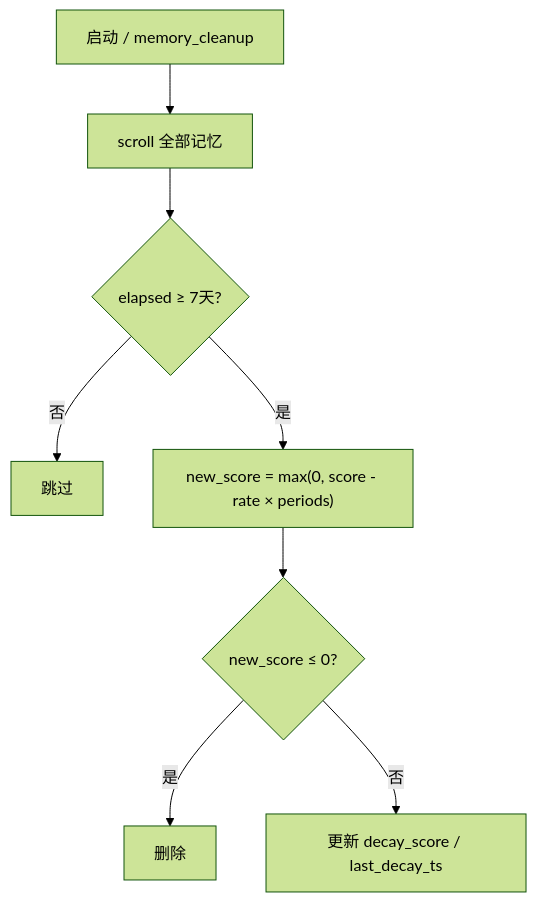
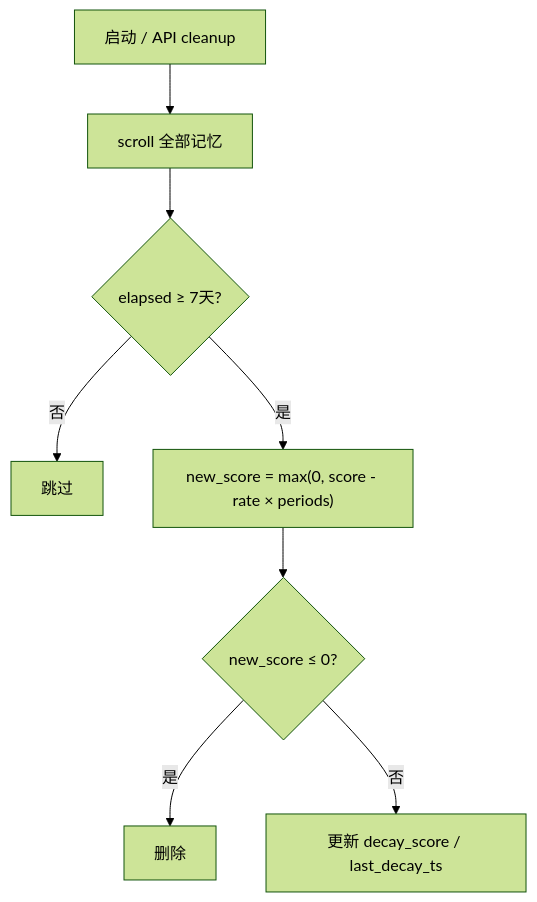
Before and after one commit to promisestar/MyClaw: the third of 6 diagrams in docs/MyClaw实现详解/MyClaw_Memory实现文档.md, drawn with Mermaid (forest theme). The commit also changed other lines of this file and 8 other files, not shown here.

````diff
--- a/docs/MyClaw实现详解/MyClaw_Memory实现文档.md
+++ b/docs/MyClaw实现详解/MyClaw_Memory实现文档.md
@@ -192,10 +192,10 @@
 ```mermaid
 flowchart TD
-    A["启动 / memory_cleanup"] --> B["scroll 全部记忆"]
+    A["启动 / API cleanup"] --> B["scroll 全部记忆"]
     B --> C{"elapsed ≥ 7天?"}
     C -->|否| D["跳过"]
     C -->|是| E["new_score = max(0, score - rate × periods)"]
     E --> F{"new_score ≤ 0?"}
     F -->|是| G["删除"]
     F -->|否| H["更新 decay_score / last_decay_ts"]
 ```
````
